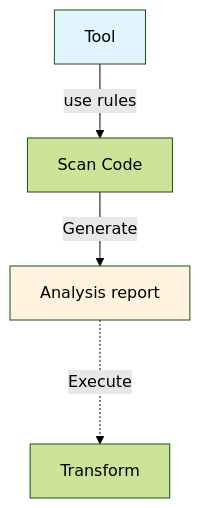
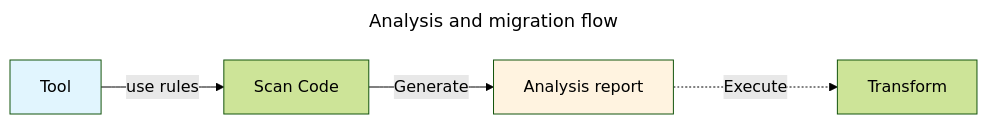
Before and after one commit to snowdrop/migration-tool: the first of 2 diagrams in README.md, drawn with Mermaid (forest theme). The commit also changed other lines of this file, not shown here.

Commit message:
Review the instructions. 11

````diff
--- a/README.md
+++ b/README.md
@@ -12,9 +12,12 @@
 ```mermaid
-flowchart TD
+---
+title: Analysis and migration flow
+---
+flowchart LR
     A[Tool] --> |use rules|B[Scan Code]
     B --> |Generate|C[Analysis report]
     C -..-> |Execute|D[Transform]
 
     style A fill:#e1f5fe
     style C fill:#fff3e0
 ```
````
